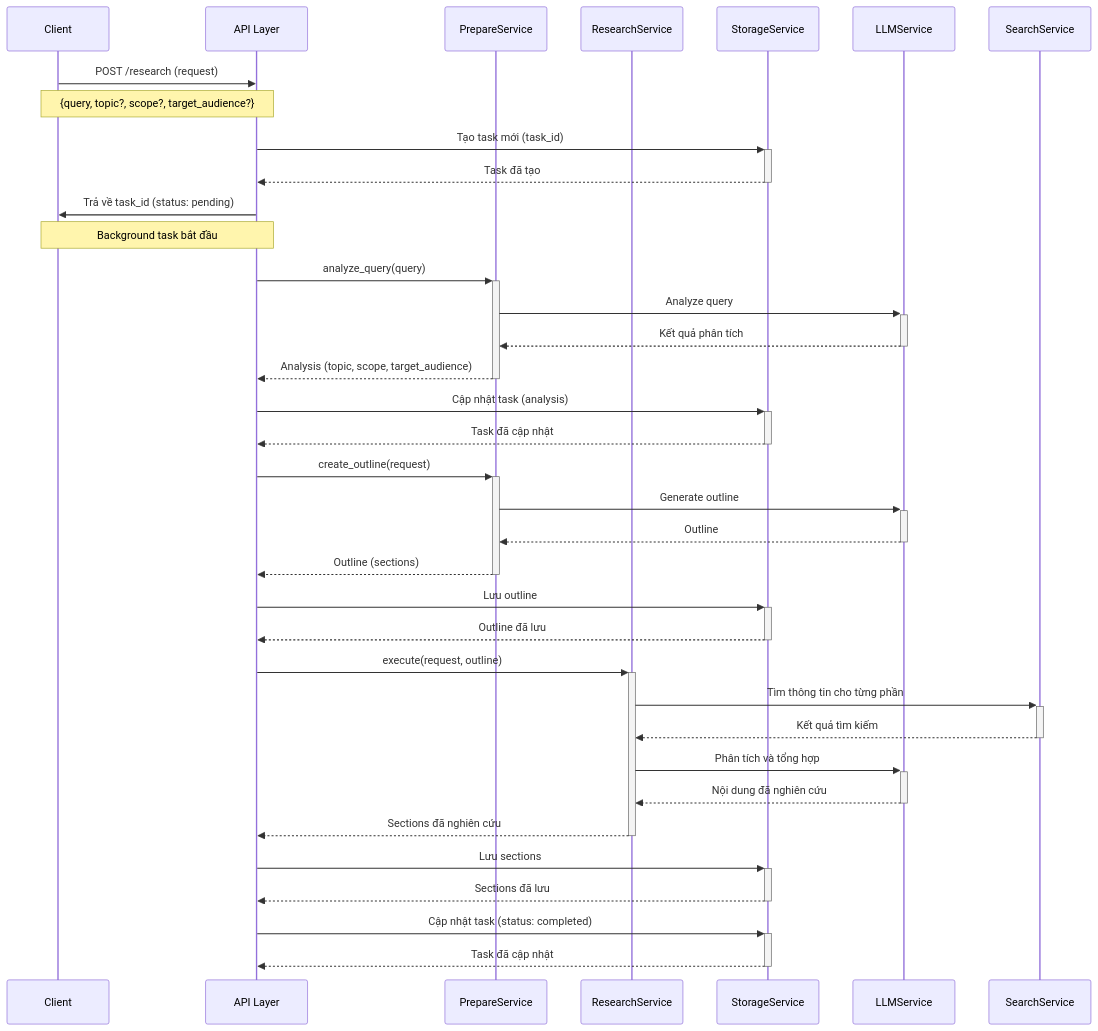
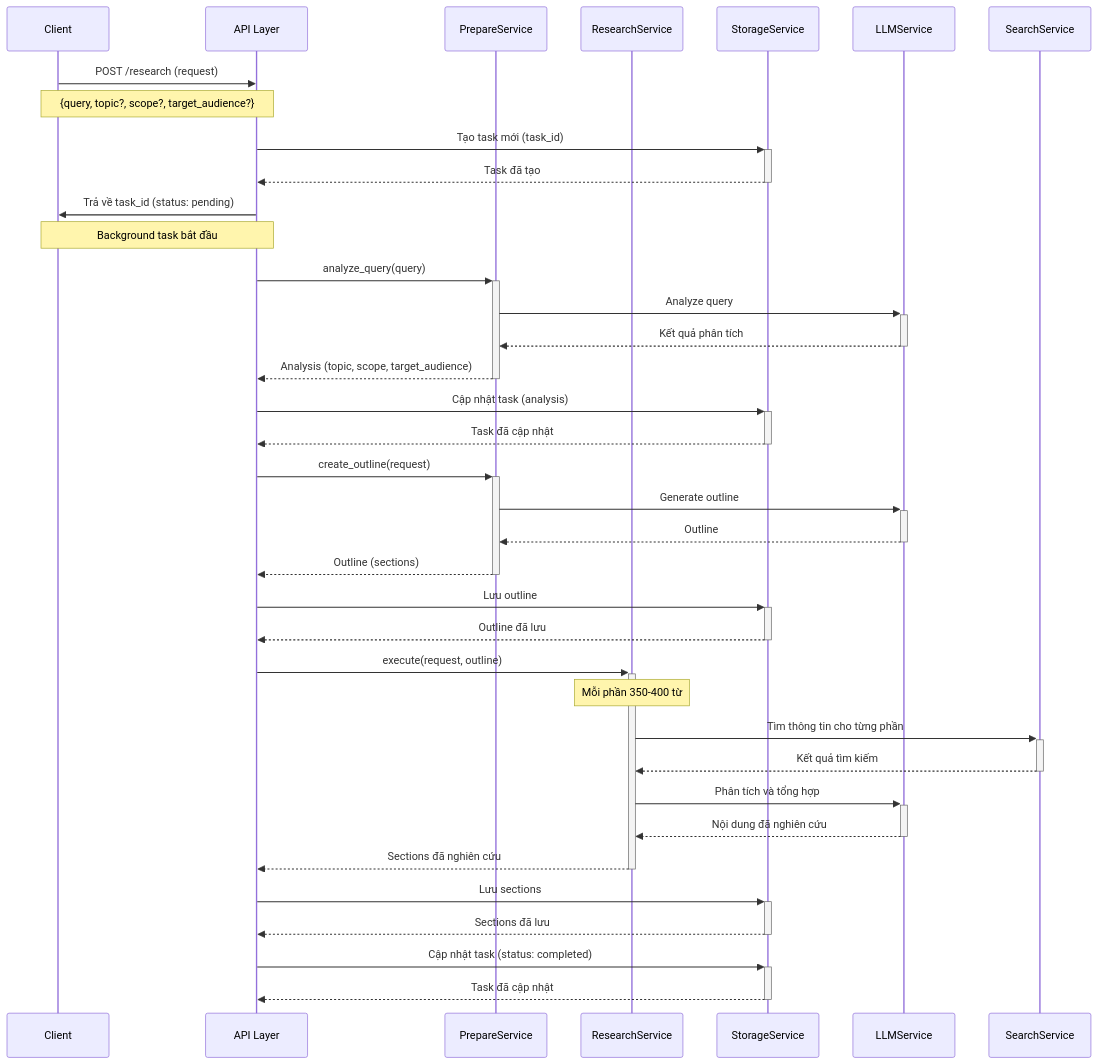
One commit to phuc-nt/deep-research-agent-python changed the first of 8 diagrams in docs/sequence_diagrams.md. Above: the diagram before and after it, drawn with Mermaid. The commit also changed other lines of this file and 7 other files, not shown here.

````diff
--- a/docs/sequence_diagrams.md
+++ b/docs/sequence_diagrams.md
@@ -5,48 +5,49 @@
 ```mermaid
 sequenceDiagram
     participant Client
     participant API as API Layer
     participant PrepareService
     participant ResearchService
     participant StorageService
     participant LLMService
     participant SearchService
     
     Client->>API: POST /research (request)
     Note over Client,API: {query, topic?, scope?, target_audience?}
     
     API->>+StorageService: Tạo task mới (task_id)
     StorageService-->>-API: Task đã tạo
     
     API->>Client: Trả về task_id (status: pending)
     Note over API,Client: Background task bắt đầu
     
     API->>+PrepareService: analyze_query(query)
     PrepareService->>+LLMService: Analyze query
     LLMService-->>-PrepareService: Kết quả phân tích
     PrepareService-->>-API: Analysis (topic, scope, target_audience)
     
     API->>+StorageService: Cập nhật task (analysis)
     StorageService-->>-API: Task đã cập nhật
     
     API->>+PrepareService: create_outline(request)
     PrepareService->>+LLMService: Generate outline
     LLMService-->>-PrepareService: Outline
     PrepareService-->>-API: Outline (sections)
     
     API->>+StorageService: Lưu outline
     StorageService-->>-API: Outline đã lưu
     
     API->>+ResearchService: execute(request, outline)
+    Note over ResearchService: Mỗi phần 350-400 từ
     ResearchService->>+SearchService: Tìm thông tin cho từng phần
     SearchService-->>-ResearchService: Kết quả tìm kiếm
     ResearchService->>+LLMService: Phân tích và tổng hợp
     LLMService-->>-ResearchService: Nội dung đã nghiên cứu
     ResearchService-->>-API: Sections đã nghiên cứu
     
     API->>+StorageService: Lưu sections
     StorageService-->>-API: Sections đã lưu
     
     API->>+StorageService: Cập nhật task (status: completed)
     StorageService-->>-API: Task đã cập nhật
 ```
````
